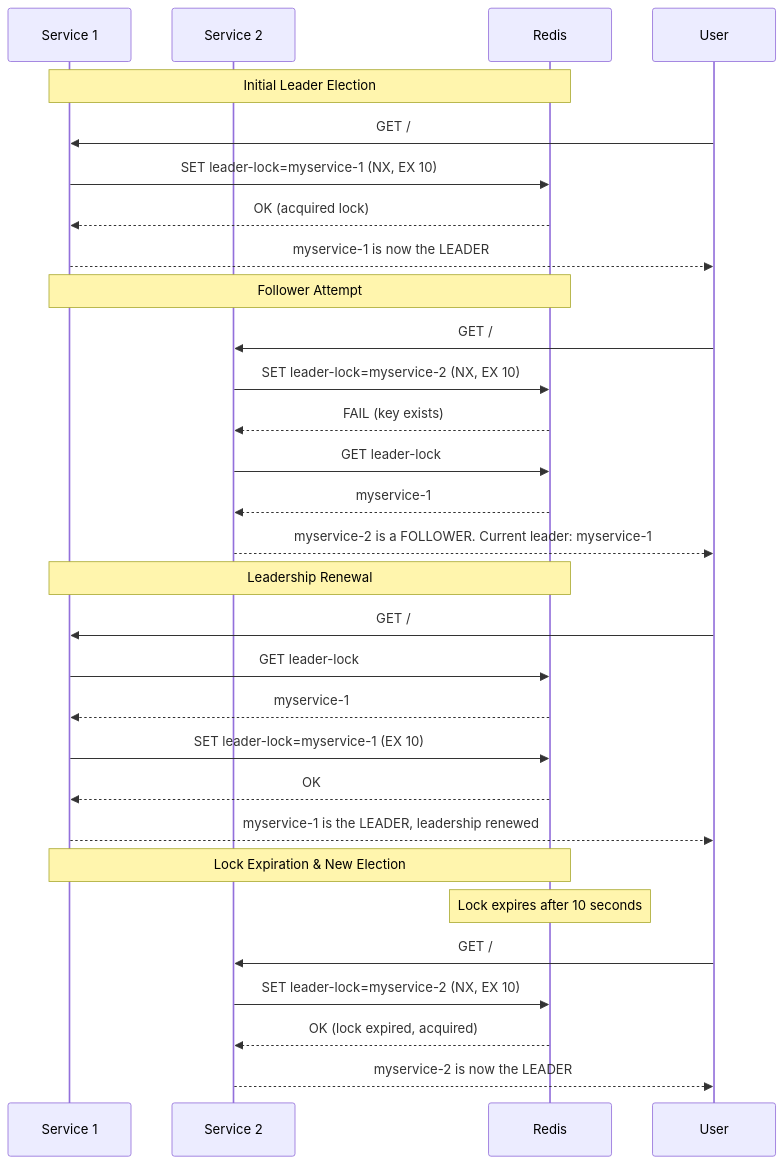
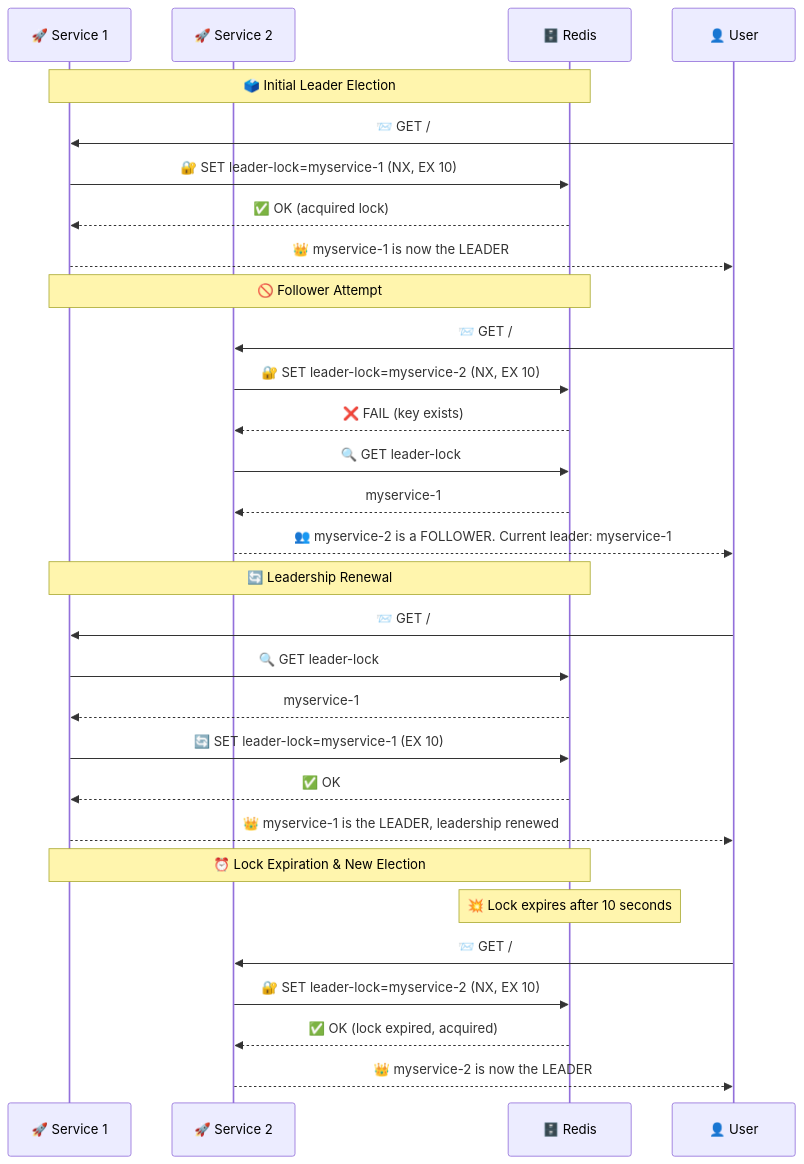
Before and after one commit to A-Safar/AspireRedisCacheLeaderElection: the second of 2 diagrams in README.md, drawn with Mermaid. The commit also changed other lines of this file, not shown here.

Commit message:
Enhance README.md with improved diagrams and emoji annotations for clarity

````diff
--- a/README.md
+++ b/README.md
@@ -41,36 +41,36 @@
 ```mermaid
 sequenceDiagram
-    participant S1 as Service 1
-    participant S2 as Service 2
-    participant R as Redis
-    participant U as User
+    participant S1 as 🚀 Service 1
+    participant S2 as 🚀 Service 2
+    participant R as 🗄️ Redis
+    participant U as 👤 User
     
-    Note over S1,R: Initial Leader Election
-    U->>S1: GET /
-    S1->>R: SET leader-lock=myservice-1 (NX, EX 10)
-    R-->>S1: OK (acquired lock)
-    S1-->>U: myservice-1 is now the LEADER
+    Note over S1,R: 🗳️ Initial Leader Election
+    U->>S1: 📨 GET /
+    S1->>R: 🔐 SET leader-lock=myservice-1 (NX, EX 10)
+    R-->>S1: ✅ OK (acquired lock)
+    S1-->>U: 👑 myservice-1 is now the LEADER
     
-    Note over S1,R: Follower Attempt
-    U->>S2: GET /
-    S2->>R: SET leader-lock=myservice-2 (NX, EX 10)
-    R-->>S2: FAIL (key exists)
-    S2->>R: GET leader-lock
+    Note over S1,R: 🚫 Follower Attempt
+    U->>S2: 📨 GET /
+    S2->>R: 🔐 SET leader-lock=myservice-2 (NX, EX 10)
+    R-->>S2: ❌ FAIL (key exists)
+    S2->>R: 🔍 GET leader-lock
     R-->>S2: myservice-1
-    S2-->>U: myservice-2 is a FOLLOWER. Current leader: myservice-1
+    S2-->>U: 👥 myservice-2 is a FOLLOWER. Current leader: myservice-1
     
-    Note over S1,R: Leadership Renewal
-    U->>S1: GET /
-    S1->>R: GET leader-lock
+    Note over S1,R: 🔄 Leadership Renewal
+    U->>S1: 📨 GET /
+    S1->>R: 🔍 GET leader-lock
     R-->>S1: myservice-1
-    S1->>R: SET leader-lock=myservice-1 (EX 10)
-    R-->>S1: OK
-    S1-->>U: myservice-1 is the LEADER, leadership renewed
+    S1->>R: 🔄 SET leader-lock=myservice-1 (EX 10)
+    R-->>S1: ✅ OK
+    S1-->>U: 👑 myservice-1 is the LEADER, leadership renewed
     
-    Note over S1,R: Lock Expiration & New Election
-    Note over R: Lock expires after 10 seconds
-    U->>S2: GET /
-    S2->>R: SET leader-lock=myservice-2 (NX, EX 10)
-    R-->>S2: OK (lock expired, acquired)
-    S2-->>U: myservice-2 is now the LEADER
+    Note over S1,R: ⏰ Lock Expiration & New Election
+    Note over R: 💥 Lock expires after 10 seconds
+    U->>S2: 📨 GET /
+    S2->>R: 🔐 SET leader-lock=myservice-2 (NX, EX 10)
+    R-->>S2: ✅ OK (lock expired, acquired)
+    S2-->>U: 👑 myservice-2 is now the LEADER
 ```
````
